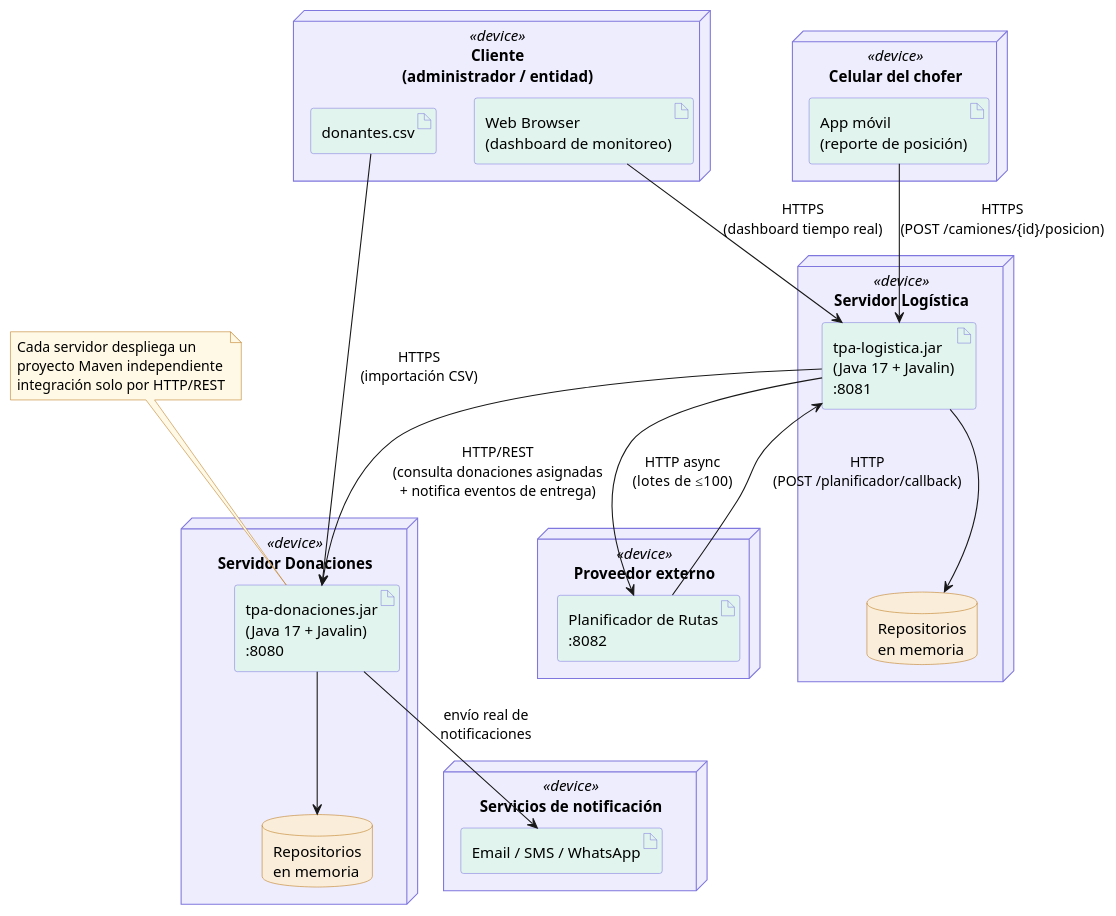
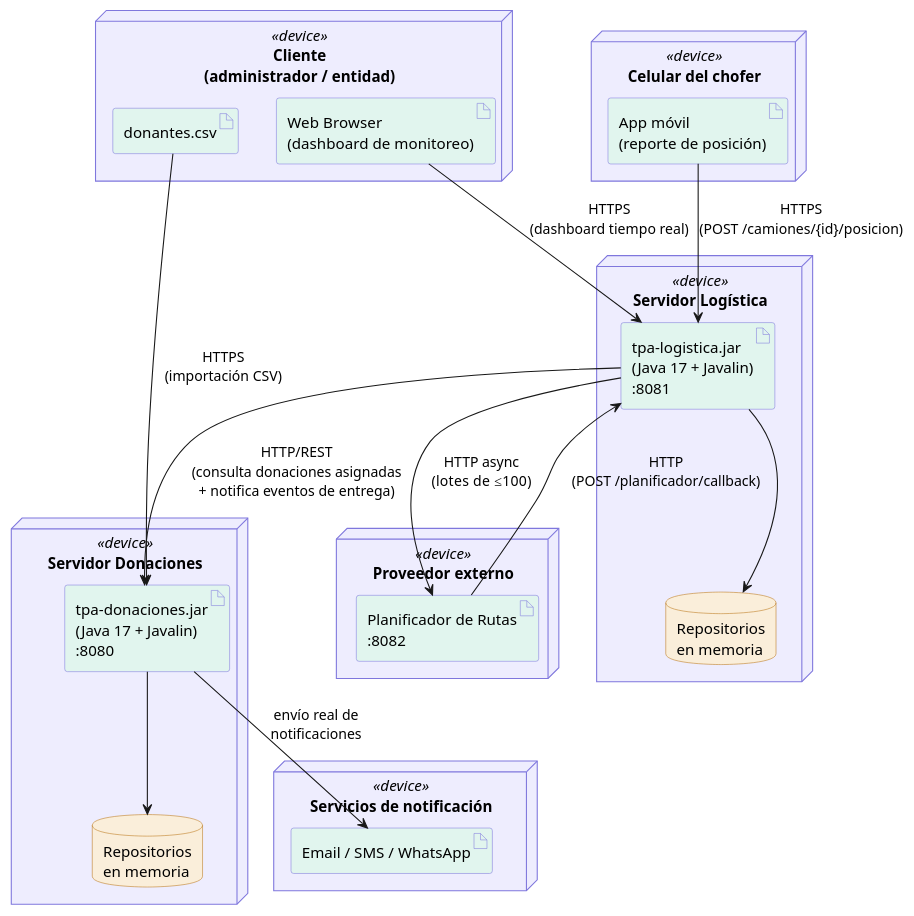
One commit to ConstanzaSerra/tpa-entrega-1 changed the diagram in docs/diagrama-despliegue.puml. Above: the diagram before and after it, drawn with PlantUML. The commit also changed 35 other files, not shown here.

```diff
--- a/docs/diagrama-despliegue.puml
+++ b/docs/diagrama-despliegue.puml
@@ -1,80 +1,75 @@
 @startuml DonaTrack_Despliegue
 
 ' Diagrama de despliegue - TPA2 DonaTrack
 ' Refleja la division en DOS microservicios independientes (enunciado TPA2:
 ' "se solicita que se divida al sistema en, inicialmente, dos microservicios",
 ' integracion via HTTP/REST). Cada servidor corre un proyecto Maven autocontenido.
 
 skinparam backgroundColor #FFFFFF
 skinparam node {
  BackgroundColor #EEEDFE
  BorderColor #7F77DD
  FontColor #000000
 }
 skinparam artifact {
  BackgroundColor #E1F5EE
  BorderColor #7F77DD
  FontColor #000000
 }
 skinparam database {
  BackgroundColor #FAEEDA
  BorderColor #BA7517
  FontColor #000000
 }
 skinparam note {
  BackgroundColor #FFF9E6
  BorderColor #BA7517
 }
 
 ' --- Actores / dispositivos externos ---
 node "Cliente\n(administrador / entidad)" <<device>> {
  artifact "Web Browser\n(dashboard de monitoreo)" as browser
  artifact "donantes.csv" as csv
 }
 
 node "Celular del chofer" <<device>> {
  artifact "App móvil\n(reporte de posición)" as appMovil
 }
 
 ' --- Microservicio 1 ---
 node "Servidor Donaciones" <<device>> {
  artifact "tpa-donaciones.jar\n(Java 17 + Javalin)\n:8080" as donaciones
  database "Repositorios\nen memoria" as dbDonaciones
 }
 
 ' --- Microservicio 2 ---
 node "Servidor Logística" <<device>> {
  artifact "tpa-logistica.jar\n(Java 17 + Javalin)\n:8081" as logistica
  database "Repositorios\nen memoria" as dbLogistica
 }
 
 ' --- Terceros ---
 node "Proveedor externo" <<device>> {
  artifact "Planificador de Rutas\n:8082" as planificador
 }
 
 node "Servicios de notificación" <<device>> {
  artifact "Email / SMS / WhatsApp" as canales
 }
 
-note top of donaciones
-  Cada servidor despliega un
-  proyecto Maven independiente
-  integración solo por HTTP/REST
-end note
 
 ' --- Conexiones ---
 csv      --> donaciones  : HTTPS\n(importación CSV)
 browser  --> logistica   : HTTPS\n(dashboard tiempo real)
 appMovil --> logistica   : HTTPS\n(POST /camiones/{id}/posicion)
 
 logistica --> donaciones  : HTTP/REST\n(consulta donaciones asignadas\n+ notifica eventos de entrega)
 logistica --> planificador : HTTP async\n(lotes de ≤100)
 planificador --> logistica : HTTP\n(POST /planificador/callback)
 
 donaciones --> canales : envío real de\nnotificaciones
 
 donaciones --> dbDonaciones
 logistica  --> dbLogistica
 
 @enduml
```
